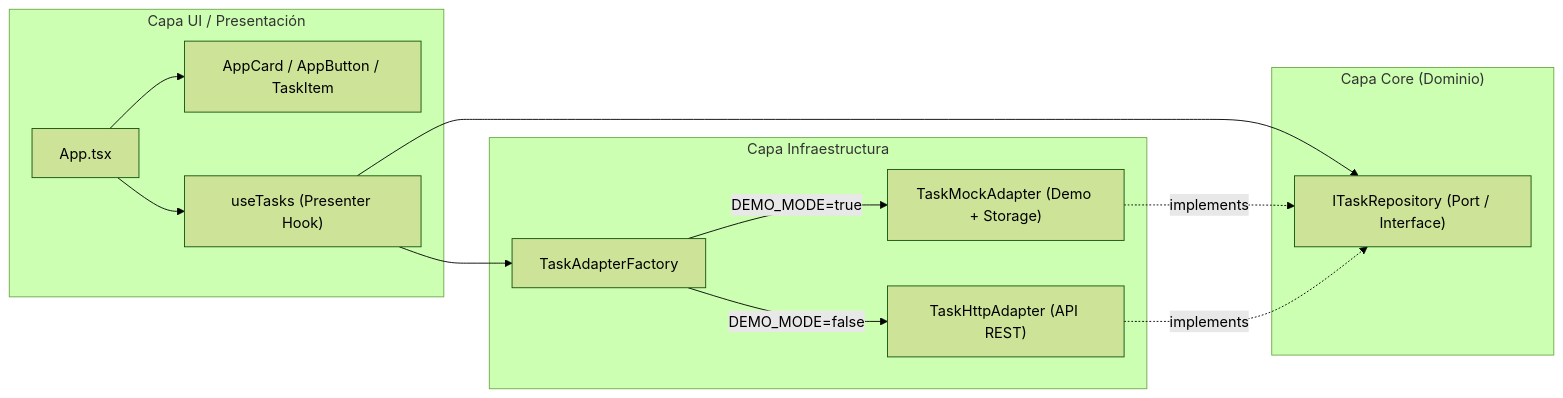
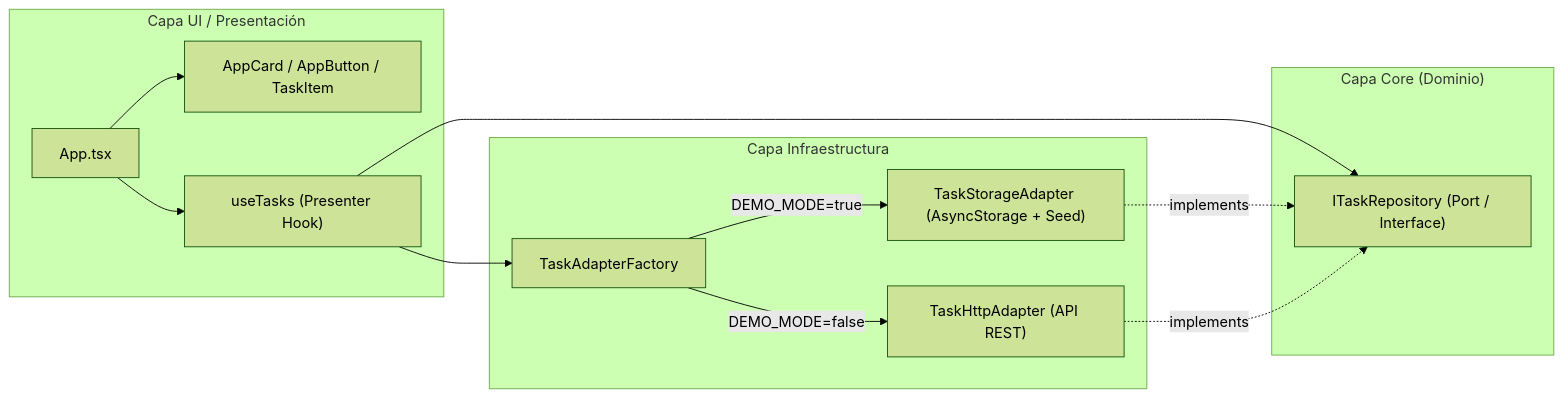
Before and after one commit to ginans/todo-list-mobile-IPSS: the diagram in README.md, drawn with Mermaid (forest theme). The commit also changed other lines of this file and 7 other files, not shown here.

Commit message:
feat: Refactor task management to use seed data and implement local storage adapter

````diff
--- a/README.md
+++ b/README.md
@@ -47,27 +47,27 @@
 ```mermaid
 flowchart LR
     subgraph UI ["Capa UI / Presentación"]
         Screen["App.tsx"]
         Comp["AppCard / AppButton / TaskItem"]
         Hook["useTasks (Presenter Hook)"]
     end
 
     subgraph Core ["Capa Core (Dominio)"]
         Port["ITaskRepository (Port / Interface)"]
     end
 
     subgraph Infra ["Capa Infraestructura"]
         Factory["TaskAdapterFactory"]
-        Mock["TaskMockAdapter (Demo + Storage)"]
+        Storage["TaskStorageAdapter (AsyncStorage + Seed)"]
         Http["TaskHttpAdapter (API REST)"]
     end
 
     Screen --> Comp
     Screen --> Hook
     Hook --> Port
     Hook --> Factory
-    Factory -->|DEMO_MODE=true| Mock
+    Factory -->|DEMO_MODE=true| Storage
     Factory -->|DEMO_MODE=false| Http
-    Mock -.->|implements| Port
+    Storage -.->|implements| Port
     Http -.->|implements| Port
 ```
````
